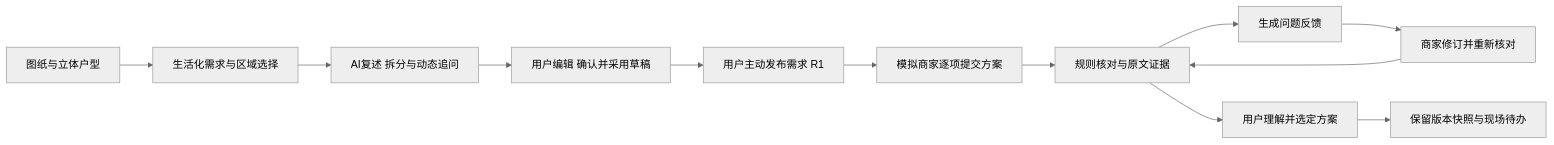
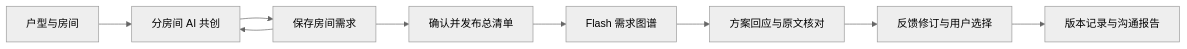
One commit to feifeifei686/bohack-project changed the diagram in README.md. Above: the diagram before and after it, drawn with Mermaid (neutral theme). The commit also changed other lines of this file and 19 other files, not shown here.

````diff
--- a/README.md
+++ b/README.md
@@ -17,14 +15,11 @@
 ```mermaid
 flowchart LR
-    Z[图纸与立体户型] --> A[生活化需求与区域选择]
-    A --> B[AI复述 拆分与动态追问]
-    B --> C[用户编辑 确认并采用草稿]
-    C --> P[用户主动发布需求 R1]
-    P --> D[模拟商家逐项提交方案]
-    D --> E[规则核对与原文证据]
-    E --> F[生成问题反馈]
-    F --> G[商家修订并重新核对]
-    G --> E
-    E --> H[用户理解并选定方案]
-    H --> I[保留版本快照与现场待办]
+    A[户型与房间] --> B[分房间 AI 共创]
+    B --> C[保存房间需求]
+    C --> B
+    C --> D[确认并发布总清单]
+    D --> E[Flash 需求图谱]
+    E --> F[方案回应与原文核对]
+    F --> G[反馈修订与用户选择]
+    G --> H[版本记录与沟通报告]
 ```
````
